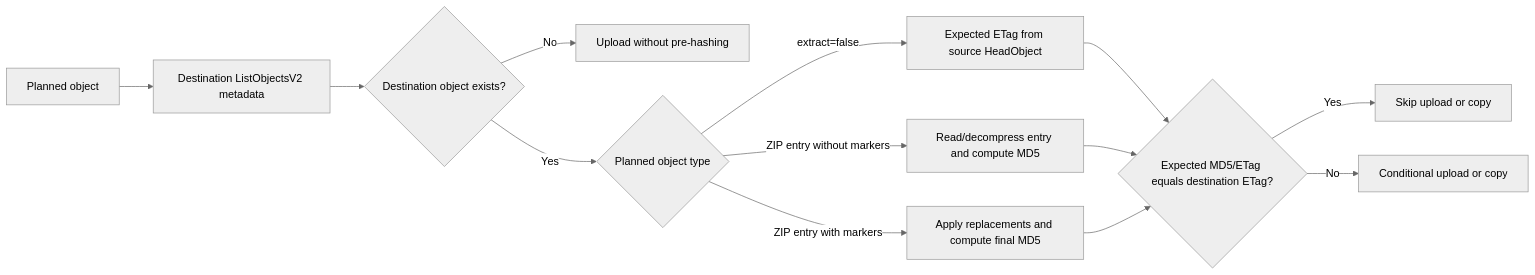
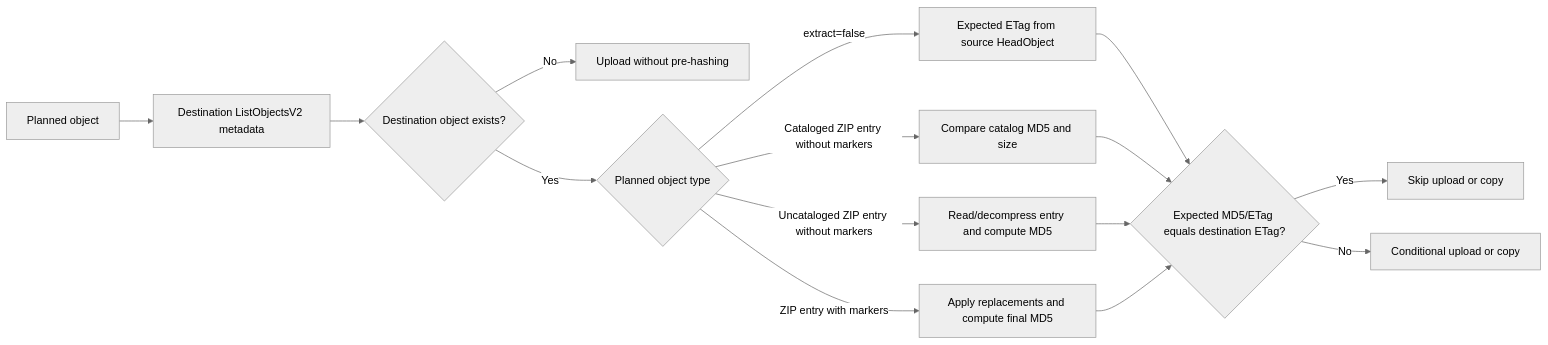
The second of 2 diagrams in docs/architecture.md (garysassano/shin-bucket-deployment), drawn with Mermaid (neutral theme) before and after one commit. The commit also changed other lines of this file and 17 other files, not shown here.

````diff
--- a/docs/architecture.md
+++ b/docs/architecture.md
@@ -113,15 +121,17 @@
 ```mermaid
 flowchart LR
   A["Planned object"] --> B["Destination ListObjectsV2 metadata"]
   B --> C{"Destination object exists?"}
   C -->|No| D["Upload without pre-hashing"]
   C -->|Yes| E{"Planned object type"}
   E -->|"extract=false"| F["Expected ETag from source HeadObject"]
-  E -->|"ZIP entry without markers"| G["Read/decompress entry and compute MD5"]
+  E -->|"Cataloged ZIP entry without markers"| G["Compare catalog MD5 and size"]
+  E -->|"Uncataloged ZIP entry without markers"| L["Read/decompress entry and compute MD5"]
   E -->|"ZIP entry with markers"| H["Apply replacements and compute final MD5"]
   F --> I{"Expected MD5/ETag equals destination ETag?"}
   G --> I
+  L --> I
   H --> I
   I -->|Yes| J["Skip upload or copy"]
   I -->|No| K["Conditional upload or copy"]
 ```
````
